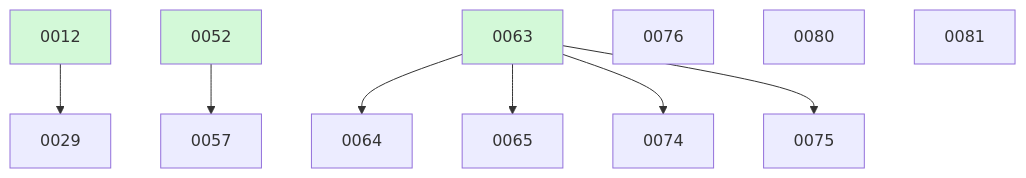
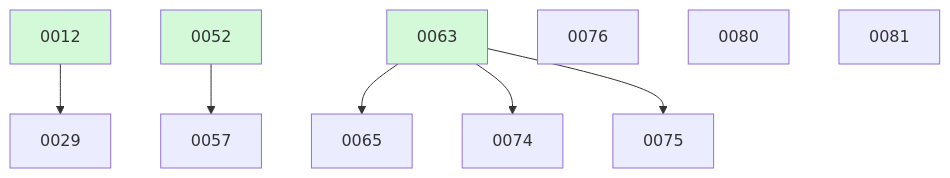
Before and after one commit to ethanhinson/fuse: the diagram in docs/changes/BOARD.md, drawn with Mermaid. The commit also changed other lines of this file, not shown here.

````diff
--- a/docs/changes/BOARD.md
+++ b/docs/changes/BOARD.md
@@ -29,16 +23,15 @@
 ```mermaid
 graph TD
   0012 --> 0029
   0052 --> 0057
-  0063 --> 0064
   0063 --> 0065
   0063 --> 0074
   0063 --> 0075
   0076
   0080
   0081
   0012:::done
   0052:::done
   0063:::done
   classDef done fill:#d3f9d8;
 ```
````
